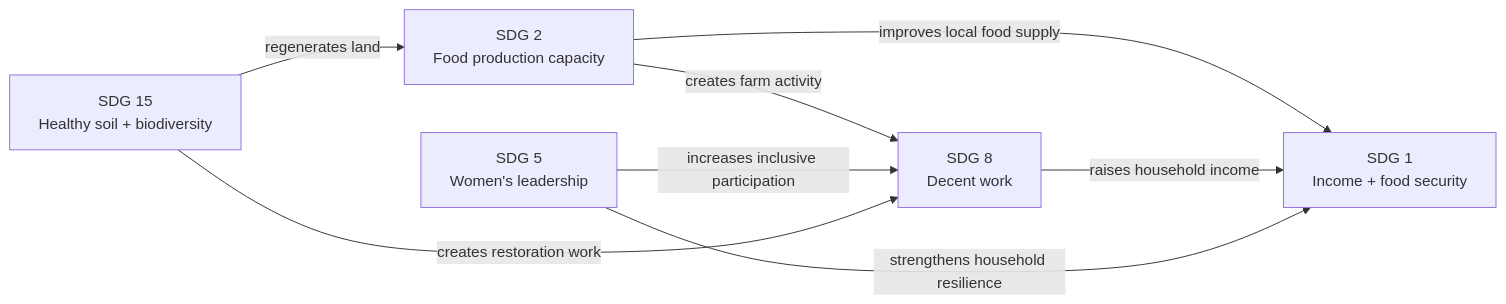
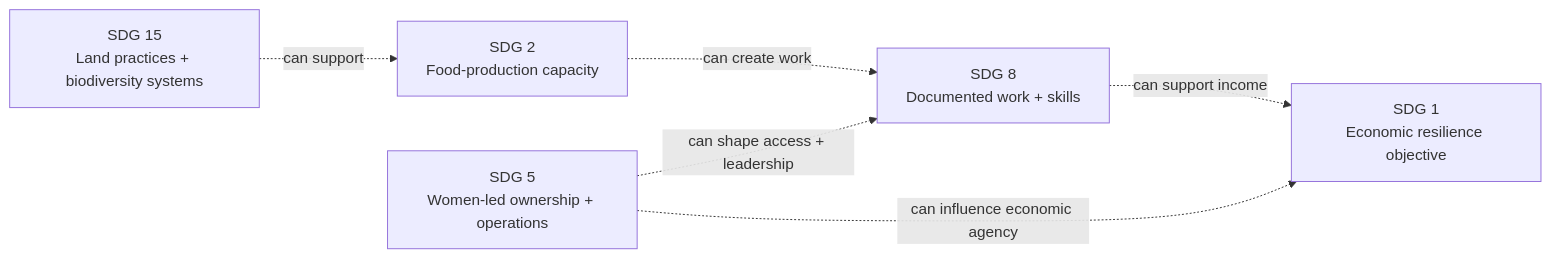
Before and after one commit to wasalo/Kokonut-Public-Site: the third of 3 diagrams in ecosystem-wiki/kokonut-farms/adelphi/sustainable-development-goals.mdx, drawn with Mermaid. The commit also changed other lines of this file, not shown here.

Commit message:
docs(kokonut-farms): improve Adelphi SDG evidence map

````diff
--- a/ecosystem-wiki/kokonut-farms/adelphi/sustainable-development-goals.mdx
+++ b/ecosystem-wiki/kokonut-farms/adelphi/sustainable-development-goals.mdx
@@ -281,16 +417,14 @@
 ```mermaid
 flowchart LR
-    S15["SDG 15\nHealthy soil + biodiversity"]
-    S2["SDG 2\nFood production capacity"]
-    S8["SDG 8\nDecent work"]
-    S5["SDG 5\nWomen's leadership"]
-    S1["SDG 1\nIncome + food security"]
+    S15["SDG 15<br/>Land practices + biodiversity systems"]
+    S2["SDG 2<br/>Food-production capacity"]
+    S8["SDG 8<br/>Documented work + skills"]
+    S5["SDG 5<br/>Women-led ownership + operations"]
+    S1["SDG 1<br/>Economic resilience objective"]
 
-    S15 -->|regenerates land| S2
-    S2 -->|improves local food supply| S1
-    S2 -->|creates farm activity| S8
-    S8 -->|raises household income| S1
-    S5 -->|increases inclusive participation| S8
-    S5 -->|strengthens household resilience| S1
-    S15 -->|creates restoration work| S8
+    S15 -. "can support" .-> S2
+    S2 -. "can create work" .-> S8
+    S8 -. "can support income" .-> S1
+    S5 -. "can shape access + leadership" .-> S8
+    S5 -. "can influence economic agency" .-> S1
 ```
````
